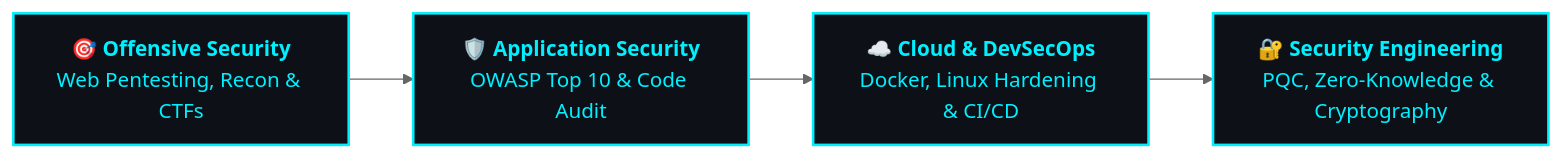
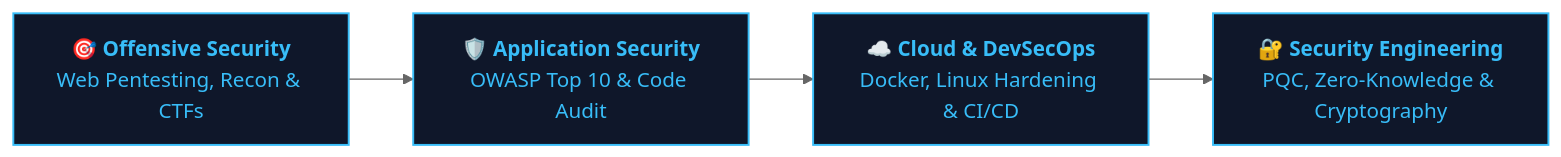
One commit to Usman-Cys/Usman-Cys changed the diagram in README.md. Above: the diagram before and after it, drawn with Mermaid (neutral theme). The commit also changed other lines of this file, not shown here.

````diff
--- a/README.md
+++ b/README.md
@@ -282,10 +192,10 @@
 ```mermaid
 flowchart LR
     A["🎯 <b>Offensive Security</b><br/>Web Pentesting, Recon & CTFs"] --> B["🛡️ <b>Application Security</b><br/>OWASP Top 10 & Code Audit"]
     B --> C["☁️ <b>Cloud & DevSecOps</b><br/>Docker, Linux Hardening & CI/CD"]
     C --> D["🔐 <b>Security Engineering</b><br/>PQC, Zero-Knowledge & Cryptography"]
 
-    classDef default fill:#0d1117,stroke:#30363d,stroke-width:1px,color:#c9d1d9;
-    classDef highlight fill:#0d1117,stroke:#00F0FF,stroke-width:2px,color:#00F0FF;
-    class A,B,C,D highlight;
+    classDef default fill:#0f172a,stroke:#334155,stroke-width:1px,color:#cbd5e1;
+    classDef nodeStyle fill:#0f172a,stroke:#38bdf8,stroke-width:1.5px,color:#38bdf8;
+    class A,B,C,D nodeStyle;
 ```
````
